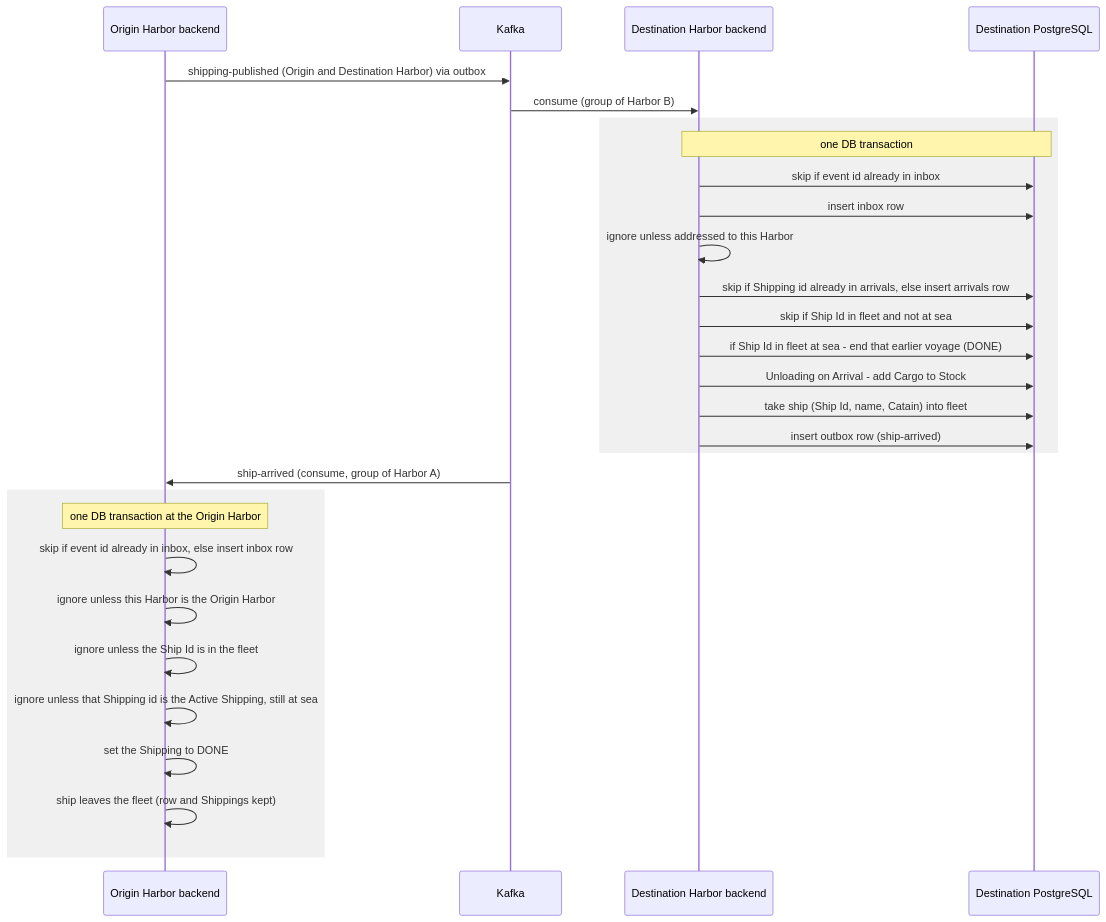
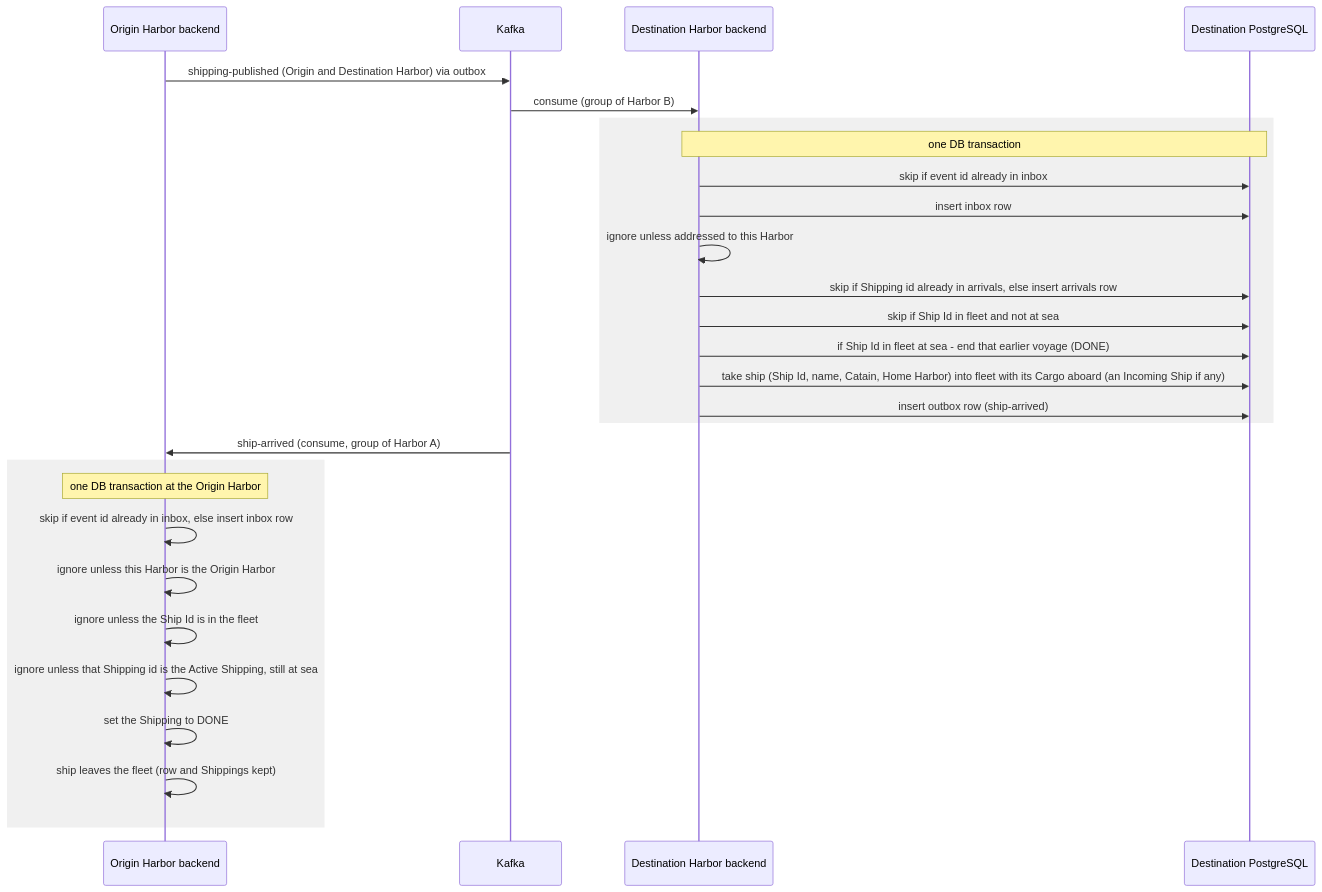
The fourth of 8 diagrams in docs/arc42/06-runtime.md (maurizio100/ddd-ship), drawn with Mermaid before and after one commit. The commit also changed other lines of this file and 206 other files, not shown here.

````diff
--- a/docs/arc42/06-runtime.md
+++ b/docs/arc42/06-runtime.md
@@ -93,31 +95,30 @@
 ```mermaid
 sequenceDiagram
     participant A as Origin Harbor backend
     participant K as Kafka
     participant B as Destination Harbor backend
     participant DBB as Destination PostgreSQL
     A->>K: shipping-published (Origin and Destination Harbor) via outbox
     K->>B: consume (group of Harbor B)
     rect rgb(240,240,240)
     Note over B,DBB: one DB transaction
     B->>DBB: skip if event id already in inbox
     B->>DBB: insert inbox row
     B->>B: ignore unless addressed to this Harbor
     B->>DBB: skip if Shipping id already in arrivals, else insert arrivals row
     B->>DBB: skip if Ship Id in fleet and not at sea
     B->>DBB: if Ship Id in fleet at sea - end that earlier voyage (DONE)
-    B->>DBB: Unloading on Arrival - add Cargo to Stock
-    B->>DBB: take ship (Ship Id, name, Catain) into fleet
+    B->>DBB: take ship (Ship Id, name, Catain, Home Harbor) into fleet with its Cargo aboard (an Incoming Ship if any)
     B->>DBB: insert outbox row (ship-arrived)
     end
     K->>A: ship-arrived (consume, group of Harbor A)
     rect rgb(240,240,240)
     Note over A: one DB transaction at the Origin Harbor
     A->>A: skip if event id already in inbox, else insert inbox row
     A->>A: ignore unless this Harbor is the Origin Harbor
     A->>A: ignore unless the Ship Id is in the fleet
     A->>A: ignore unless that Shipping id is the Active Shipping, still at sea
     A->>A: set the Shipping to DONE
     A->>A: ship leaves the fleet (row and Shippings kept)
     end
 ```
````
